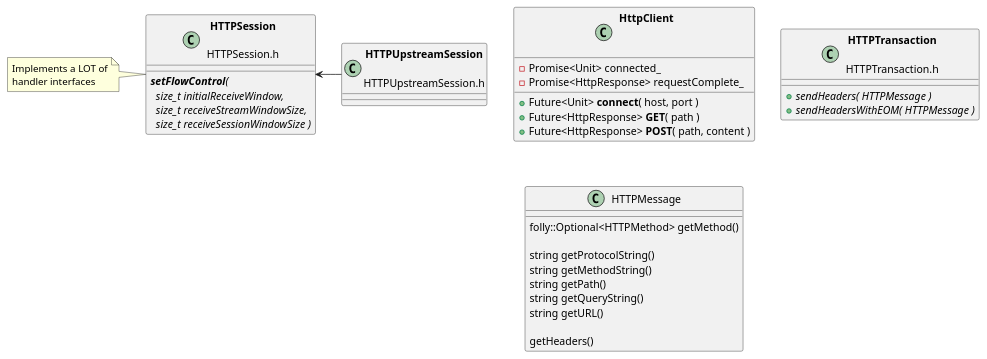
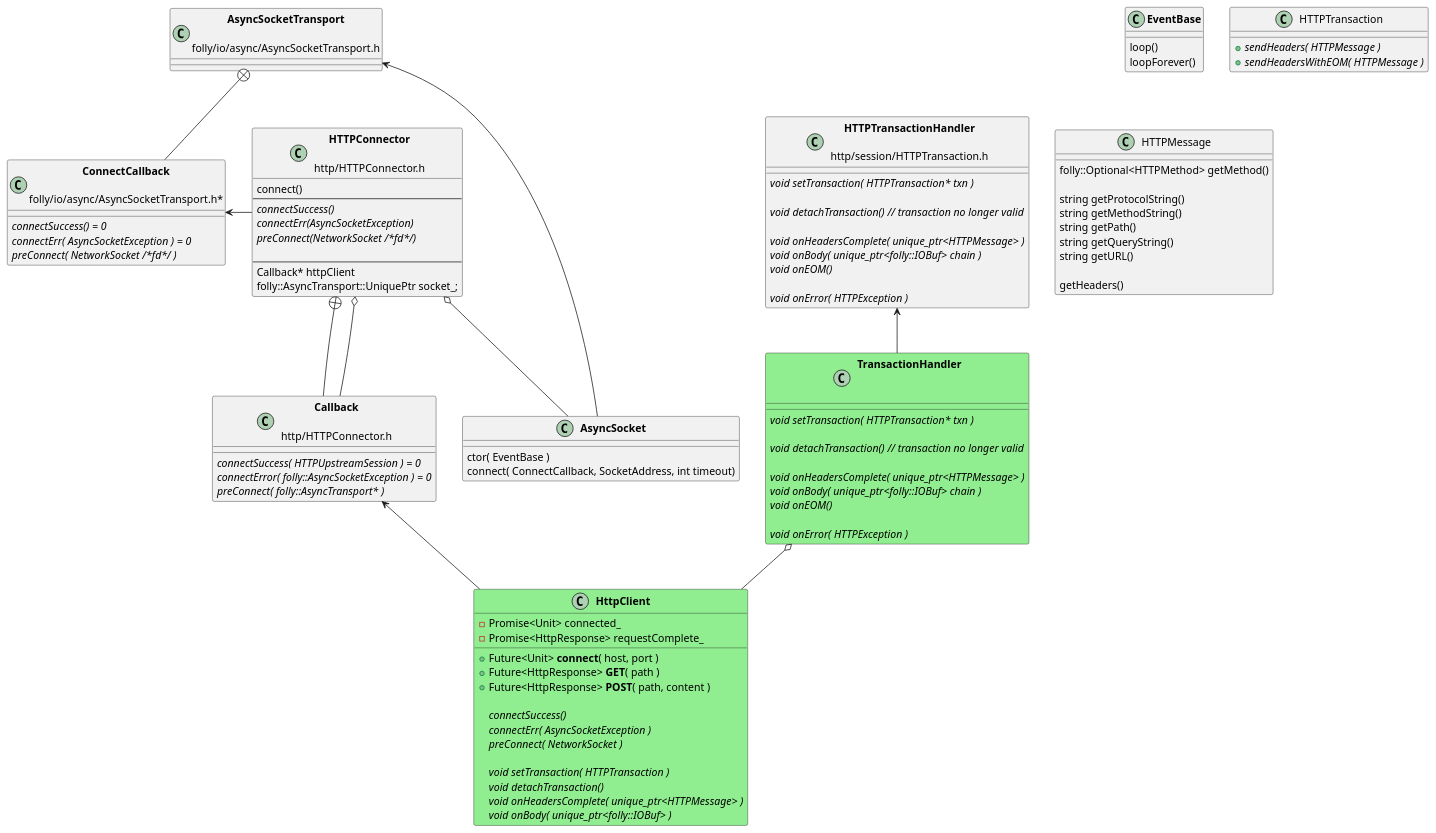
Before and after one commit to patrickhallinan/hello-proxygen: the fourth of 4 diagrams in doc/http-client.adoc, drawn with PlantUML. The commit also changed other lines of this file and 10 other files, not shown here.

```diff
--- a/doc/http-client.adoc
+++ b/doc/http-client.adoc
@@ -182,32 +194,110 @@
-[plantuml, "classes.puml", svg]
+[plantuml, "http-client-classes.puml", svg]
 ----
-class "**HttpClient**\n\n" as HttpClient
+class "**AsyncSocket**" as AsyncSocket
 
-class "**HTTPSession**\n\nHTTPSession.h" as HTTPSession
-note left
-    Implements a LOT of
-    handler interfaces
-end note
+class "**AsyncSocketTransport**\n\nfolly/io/async/AsyncSocketTransport.h" as AsyncSocketTransport
 
-class "**HTTPUpstreamSession**\n\nHTTPUpstreamSession.h" as HTTPUpstreamSession
-class "**HTTPTransaction**\n\nHTTPTransaction.h" as HTTPTransaction
+abstract "**ConnectCallback**\n\nfolly/io/async/AsyncSocketTransport.h*" as ConnectCallback
 
+class "**EventBase**" as EventBase
+class "**HTTPConnector**\n\nhttp/HTTPConnector.h" as HTTPConnector
+class "**Callback**\n\nhttp/HTTPConnector.h" as Callback
+class "**HTTPTransactionHandler**\n\nhttp/session/HTTPTransaction.h" as HTTPTransactionHandler
+class "**TransactionHandler**\n\n" as TransactionHandler
+class "**HttpClient**" as HttpClient
 
-HTTPSession <- HTTPUpstreamSession
+AsyncSocketTransport <-- AsyncSocket
 
-class HttpClient {
+ConnectCallback <- HTTPConnector
+
+Callback <-- HttpClient
+HTTPTransactionHandler <-- TransactionHandler
+
+AsyncSocketTransport +-- ConnectCallback
+HTTPConnector +-- Callback
+
+'HTTPConnector o-- EventBase
+HTTPConnector o-- Callback
+HTTPConnector o-- AsyncSocket
+
+TransactionHandler o-- HttpClient
+
+class EventBase {
+    loop()
+    loopForever()
+}
+
+class HTTPConnector {
+    connect()
+    ----
+    {abstract} connectSuccess()
+    {abstract} connectErr(AsyncSocketException)
+    {abstract} preConnect(NetworkSocket /*fd*/)
+
+    ----
+    Callback* httpClient
+    folly::AsyncTransport::UniquePtr socket_;
+    'wangle::TransportInfo transportInfo_;
+}
+
+class AsyncSocket {
+    ctor( EventBase )
+    connect( ConnectCallback, SocketAddress, int timeout)
+}
+
+class TransactionHandler #LightGreen  {
+    {abstract} void setTransaction( HTTPTransaction* txn )
+
+    {abstract}  void detachTransaction() // transaction no longer valid
+
+    {abstract} void onHeadersComplete( unique_ptr<HTTPMessage> )
+    {abstract} void onBody( unique_ptr<folly::IOBuf> chain )
+    {abstract} void onEOM()
+
+    {abstract} void onError( HTTPException )
+}
+
+class HttpClient #LightGreen  {
     - Promise<Unit> connected_
     - Promise<HttpResponse> requestComplete_
     
     + Future<Unit> **connect**( host, port )
     + Future<HttpResponse> **GET**( path )
     + Future<HttpResponse> **POST**( path, content )
+
+    {abstract} connectSuccess()
+    {abstract} connectErr( AsyncSocketException )
+    {abstract} preConnect( NetworkSocket )
+
+    {abstract} void setTransaction( HTTPTransaction )
+    {abstract}  void detachTransaction()
+    {abstract}  void onHeadersComplete( unique_ptr<HTTPMessage> )
+    {abstract}  void onBody( unique_ptr<folly::IOBuf> )
 }
 
-class HTTPSession {
-    {abstract} **setFlowControl**(\n  size_t initialReceiveWindow,\n  size_t receiveStreamWindowSize,\n  size_t receiveSessionWindowSize )
+class ConnectCallback {
+    {abstract} connectSuccess() = 0
+    {abstract} connectErr( AsyncSocketException ) = 0
+    {abstract} preConnect( NetworkSocket /*fd*/ )
 }
 
+class Callback {
+    {abstract} connectSuccess( HTTPUpstreamSession ) = 0
+    {abstract} connectError( folly::AsyncSocketException ) = 0
+    {abstract} preConnect( folly::AsyncTransport* )
+}
+
+class HTTPTransactionHandler {
+    {abstract} void setTransaction( HTTPTransaction* txn )
+
+    {abstract}  void detachTransaction() // transaction no longer valid
+
+    {abstract} void onHeadersComplete( unique_ptr<HTTPMessage> )
+    {abstract} void onBody( unique_ptr<folly::IOBuf> chain )
+    {abstract} void onEOM()
+
+    {abstract} void onError( HTTPException )
+}
 
 class HTTPTransaction {
     +{abstract} sendHeaders( HTTPMessage )
@@ -226,5 +316,4 @@
 
     getHeaders()
 }
-
 ----
```
